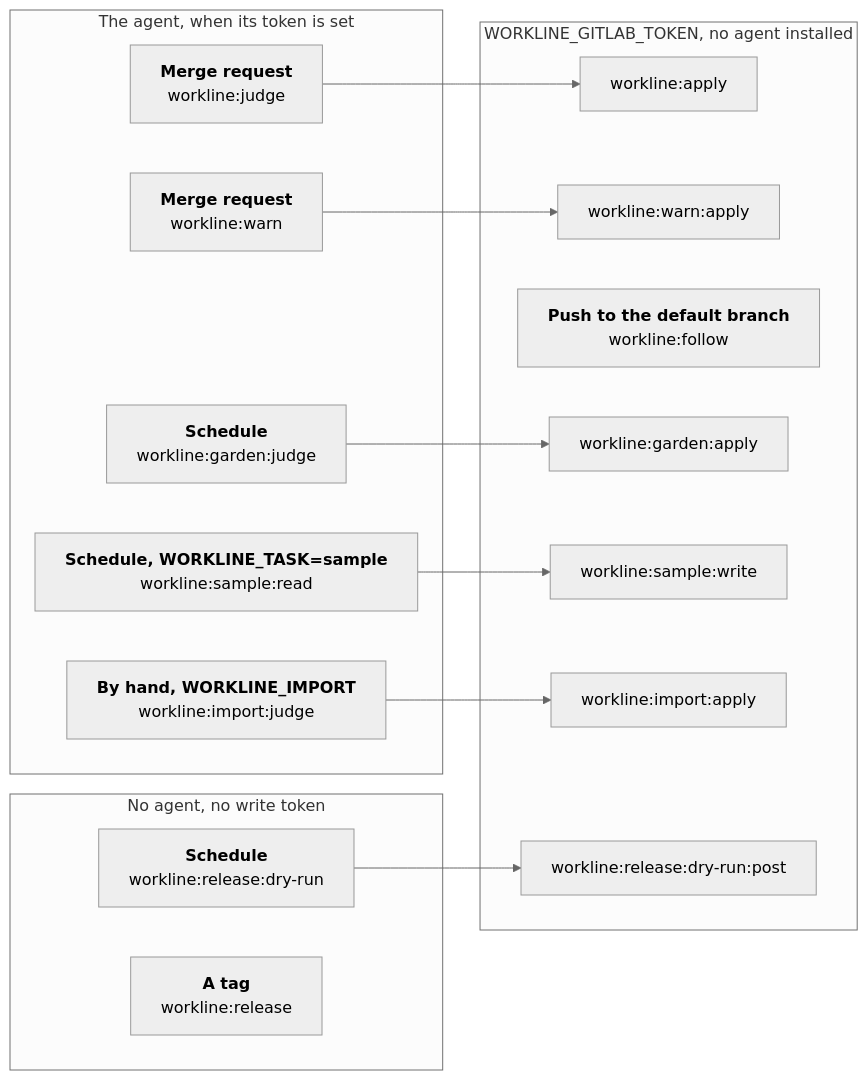
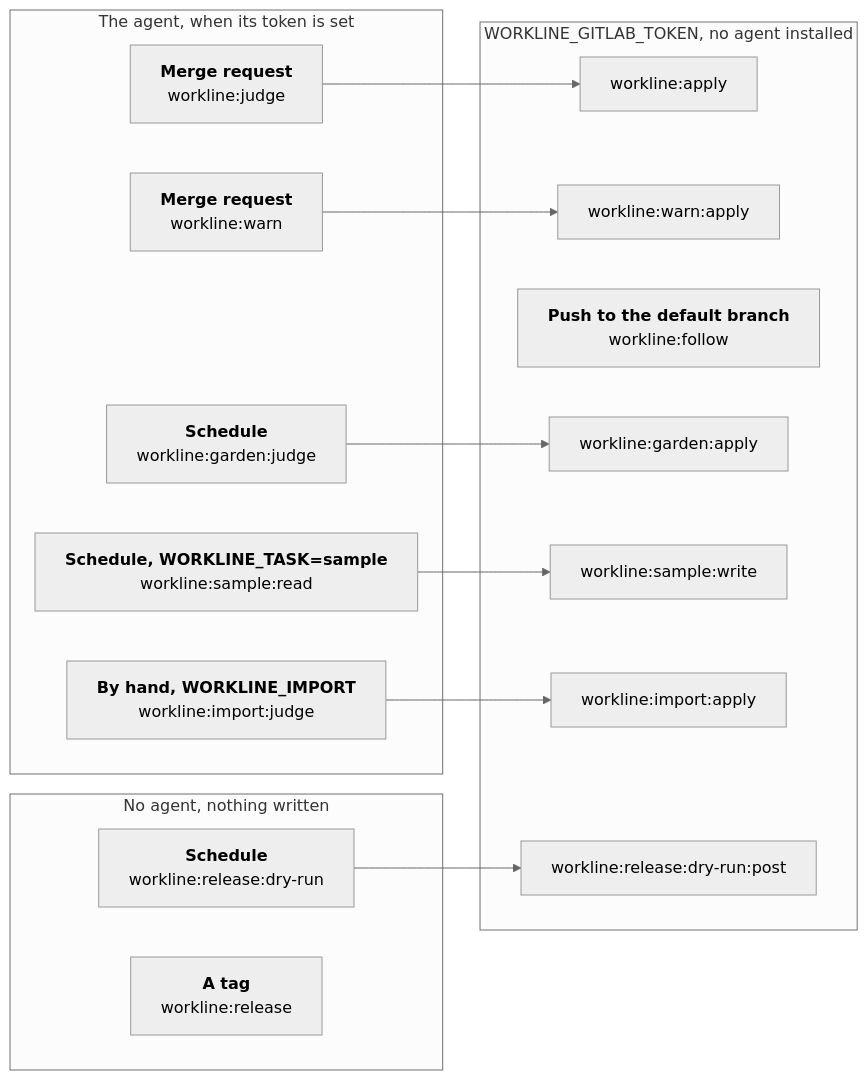
The diagram in docs/ci-gitlab.md (JN0V/workline), drawn with Mermaid (neutral theme) before and after one commit. The commit also changed other lines of this file and 4 other files, not shown here.

````diff
--- a/docs/ci-gitlab.md
+++ b/docs/ci-gitlab.md
@@ -11,30 +11,30 @@
 ```mermaid
 %%{init: {"flowchart": {"wrappingWidth": 400}}}%%
 flowchart LR
   subgraph reads["The agent, when its token is set"]
     judge["<b>Merge request</b><br/>workline:judge"]
     warn["<b>Merge request</b><br/>workline:warn"]
     garden["<b>Schedule</b><br/>workline:garden:judge"]
     sample["<b>Schedule, WORKLINE_TASK=sample</b><br/>workline:sample:read"]
     import["<b>By hand, WORKLINE_IMPORT</b><br/>workline:import:judge"]
   end
-  subgraph none["No agent, no write token"]
+  subgraph none["No agent, nothing written"]
     dry["<b>Schedule</b><br/>workline:release:dry-run"]
     rel["<b>A tag</b><br/>workline:release"]
   end
   subgraph writes["WORKLINE_GITLAB_TOKEN, no agent installed"]
     apply["workline:apply"]
     wapply["workline:warn:apply"]
     follow["<b>Push to the default branch</b><br/>workline:follow"]
     gapply["workline:garden:apply"]
     swrite["workline:sample:write"]
     iapply["workline:import:apply"]
     dpost["workline:release:dry-run:post"]
   end
   judge --> apply
   warn --> wapply
   garden --> gapply
   sample --> swrite
   import --> iapply
   dry --> dpost
 ```
````
